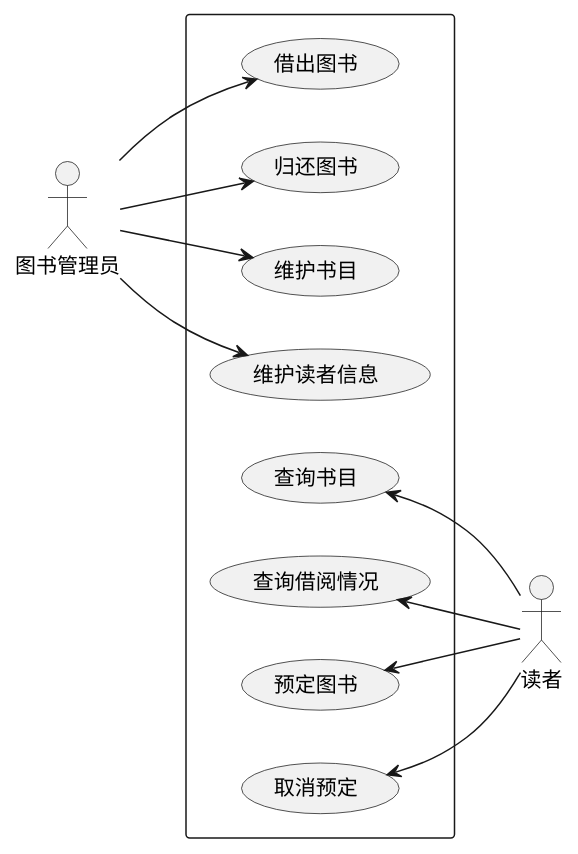
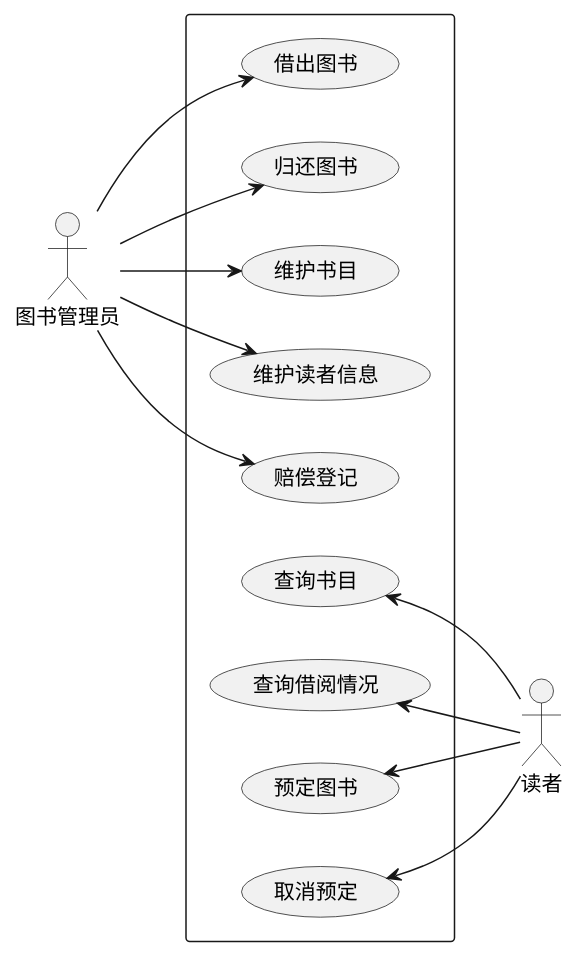
The diagram in test2/图书管理用例.puml (915936476/is_analysis-3), drawn with PlantUML before and after one commit. The commit also changed 8 other files, not shown here.

```diff
--- a/test2/图书管理用例.puml
+++ b/test2/图书管理用例.puml
@@ -1,15 +1,16 @@
 @startuml
 actor 图书管理员 as Admin
 actor 读者 as User
 left to right direction
 rectangle {
   Admin --> (借出图书)
   Admin --> (归还图书)
   Admin --> (维护书目)
   Admin --> (维护读者信息)
+  Admin --> (赔偿登记)
   (查询书目) <--  User
   (查询借阅情况) <--  User
   (预定图书) <--  User
   (取消预定) <-- User
 }
 @enduml
```
